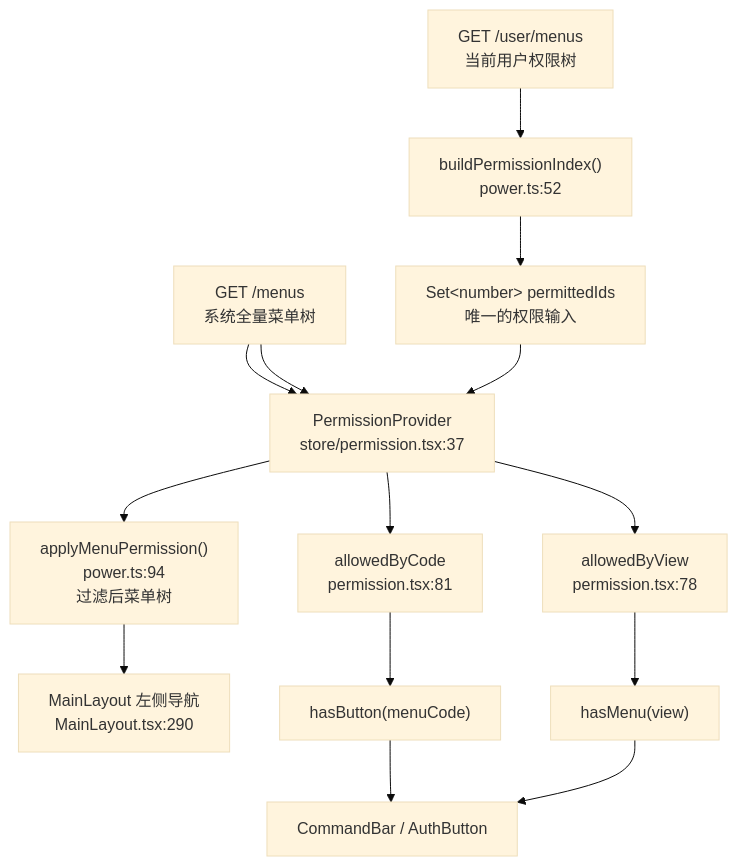
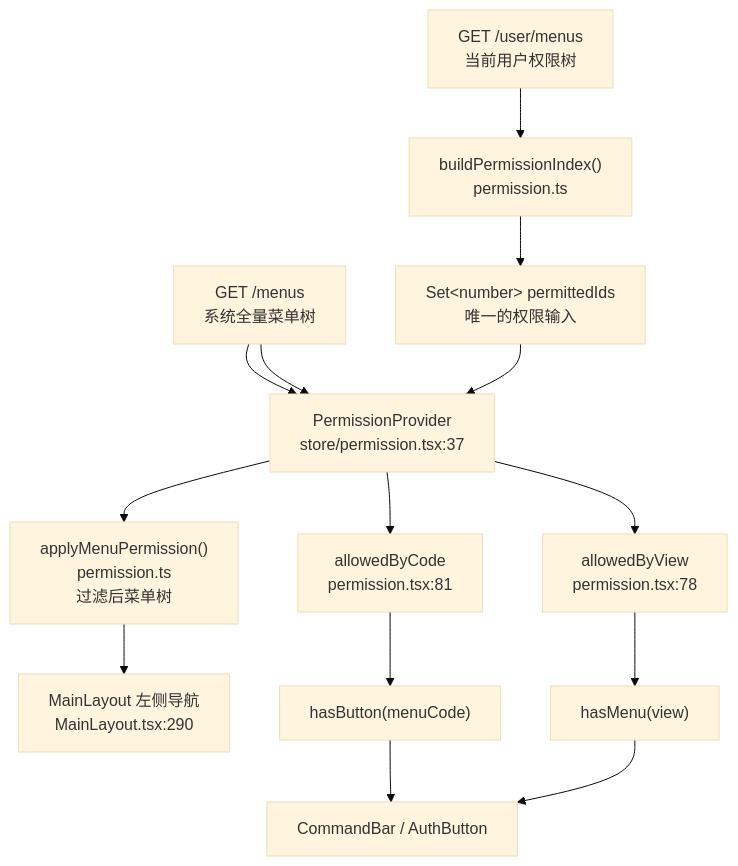
The diagram in docs/权限模块代码路径.md (kinwyb/bodaApp), drawn with Mermaid (base theme) before and after one commit. The commit also changed other lines of this file and 33 other files, not shown here.

````diff
--- a/docs/权限模块代码路径.md
+++ b/docs/权限模块代码路径.md
@@ -63,16 +60,16 @@
 ```mermaid
 flowchart TD
     A["GET /menus<br/>系统全量菜单树"] --> P
-    B["GET /user/menus<br/>当前用户权限树"] --> I["buildPermissionIndex()<br/>power.ts:52"]
+    B["GET /user/menus<br/>当前用户权限树"] --> I["buildPermissionIndex()<br/>permission.ts"]
     I --> S["Set&lt;number&gt; permittedIds<br/>唯一的权限输入"]
     A --> P["PermissionProvider<br/>store/permission.tsx:37"]
     S --> P
-    P --> M["applyMenuPermission()<br/>power.ts:94<br/>过滤后菜单树"]
+    P --> M["applyMenuPermission()<br/>permission.ts<br/>过滤后菜单树"]
     P --> C["allowedByCode<br/>permission.tsx:81"]
     P --> V["allowedByView<br/>permission.tsx:78"]
     M --> L["MainLayout 左侧导航<br/>MainLayout.tsx:290"]
     C --> HB["hasButton(menuCode)"]
     V --> HM["hasMenu(view)"]
     HB --> CB["CommandBar / AuthButton"]
     HM --> CB
 ```
````
